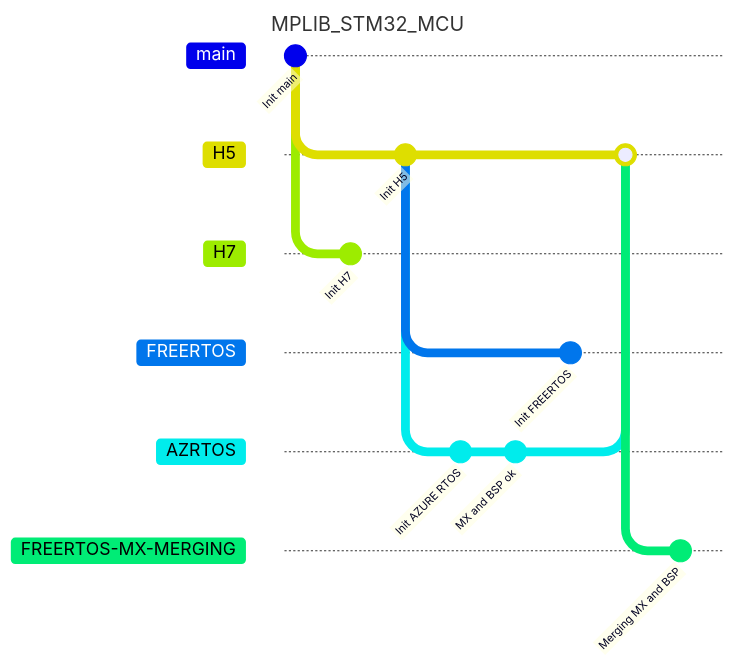
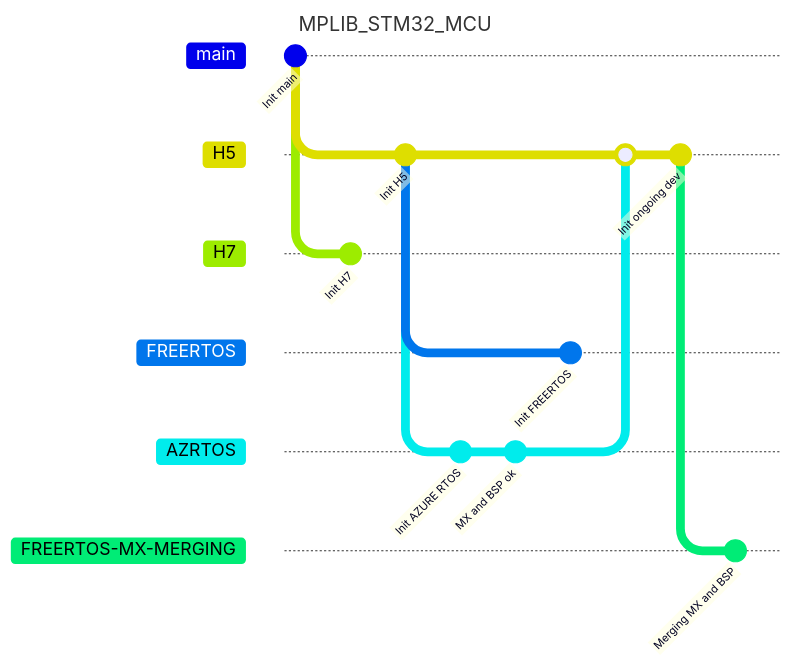
Before and after one commit to packetqc/MPLIB: the second of 4 diagrams in README.md, drawn with Mermaid.

````diff
--- a/README.md
+++ b/README.md
@@ -66,22 +66,23 @@
 ```mermaid
 ---
 title: MPLIB_STM32_MCU
 ---
 gitGraph
 commit id: "Init main"
 branch H5
 branch H7
 commit id: "Init H7"
 checkout H5
 commit id: "Init H5"
 branch FREERTOS
 branch AZRTOS
 commit id: "Init AZURE RTOS"
 commit id: "MX and BSP ok"
 checkout FREERTOS
 commit id: "Init FREERTOS"
 checkout H5
 merge AZRTOS
+commit id: "Init ongoing dev"
 branch FREERTOS-MX-MERGING
 commit id: "Merging MX and BSP"
 ```
````
